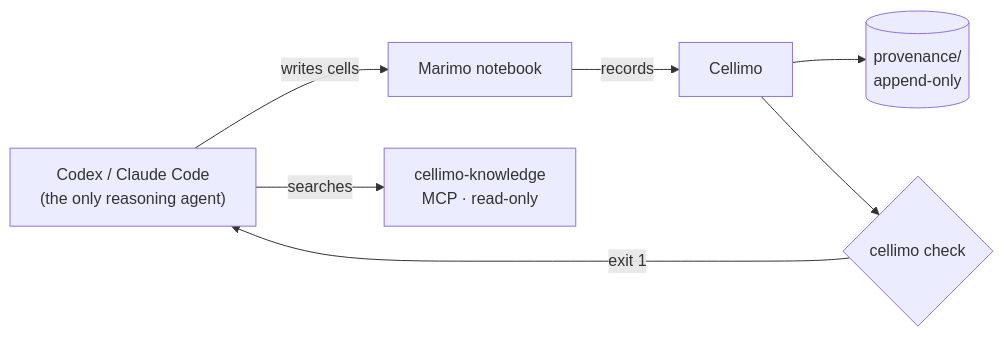
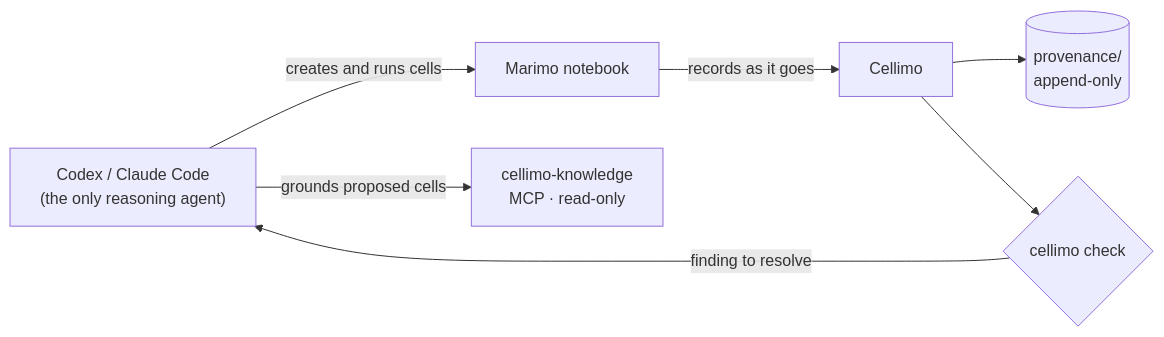
One commit to mdmanurung/cellimo changed the second of 2 diagrams in docs/index.md. Above: the diagram before and after it, drawn with Mermaid. The commit also changed other lines of this file and 4 other files, not shown here.

````diff
--- a/docs/index.md
+++ b/docs/index.md
@@ -55,9 +85,9 @@
 ```{mermaid}
 flowchart LR
-    A["Codex / Claude Code<br/>(the only reasoning agent)"] -->|writes cells| M[Marimo notebook]
-    A -->|searches| K[cellimo-knowledge<br/>MCP · read-only]
-    M -->|records| C[Cellimo]
+    A["Codex / Claude Code<br/>(the only reasoning agent)"] -->|creates and runs cells| M[Marimo notebook]
+    A -->|grounds proposed cells| K[cellimo-knowledge<br/>MCP · read-only]
+    M -->|records as it goes| C[Cellimo]
     C --> P[(provenance/<br/>append-only)]
     C --> V{cellimo check}
-    V -->|exit 1| A
+    V -->|finding to resolve| A
 ```
````
